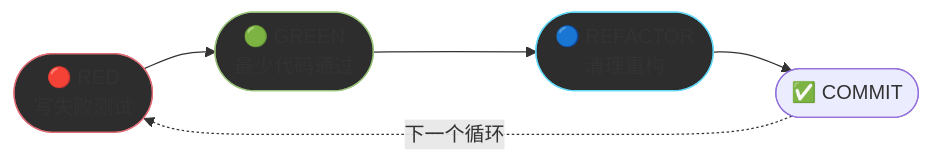
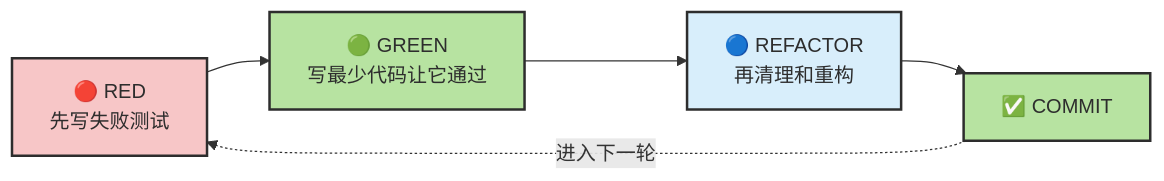
One commit to zht043/AgenticCodingTutorial changed the third of 6 diagrams in docs/chapters/ch08-config-session.md. Above: the diagram before and after it, drawn with Mermaid. The commit also changed other lines of this file and 69 other files, not shown here.

Commit message:
optimize docs and add mermaid validation

````diff
--- a/docs/chapters/ch08-config-session.md
+++ b/docs/chapters/ch08-config-session.md
@@ -349,14 +349,14 @@
 ```mermaid
 flowchart LR
-    classDef red fill:#2d2d2d,stroke:#e06c75
-    classDef green fill:#2d2d2d,stroke:#98c379
-    classDef refactor fill:#2d2d2d,stroke:#61dafb
+    classDef red fill:#f7c6c7,stroke:#2d2d2d,stroke-width:2px,color:#2d2d2d
+    classDef green fill:#b7e3a1,stroke:#2d2d2d,stroke-width:2px,color:#2d2d2d
+    classDef refactor fill:#d8eefb,stroke:#2d2d2d,stroke-width:2px,color:#2d2d2d
 
-    R(["🔴 RED<br/>写失败测试"]):::red
-    G(["🟢 GREEN<br/>最少代码通过"]):::green
-    RF(["🔵 REFACTOR<br/>清理重构"]):::refactor
-    C(["✅ COMMIT"])
+    R["🔴 RED<br/>先写失败测试"]:::red
+    G["🟢 GREEN<br/>写最少代码让它通过"]:::green
+    RF["🔵 REFACTOR<br/>再清理和重构"]:::refactor
+    C["✅ COMMIT"]:::green
 
     R --> G --> RF --> C
-    C -.->|"下一个循环"| R
+    C -.->|"进入下一轮"| R
 ```
````
